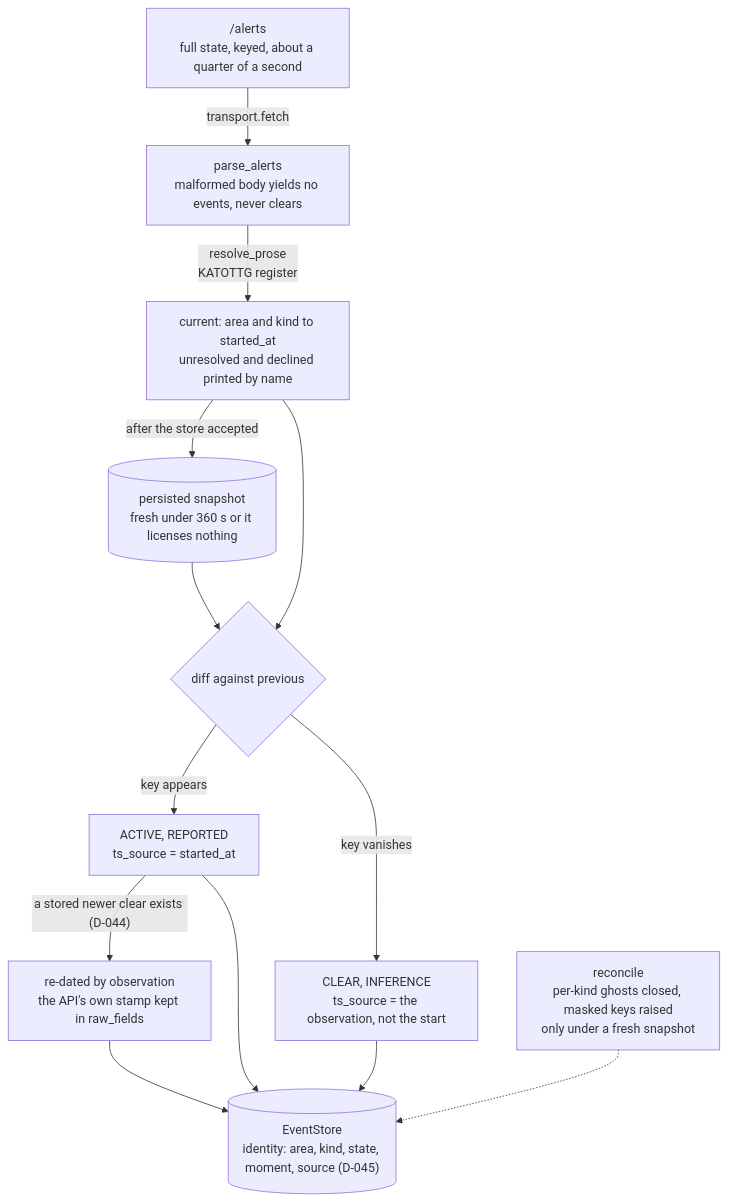
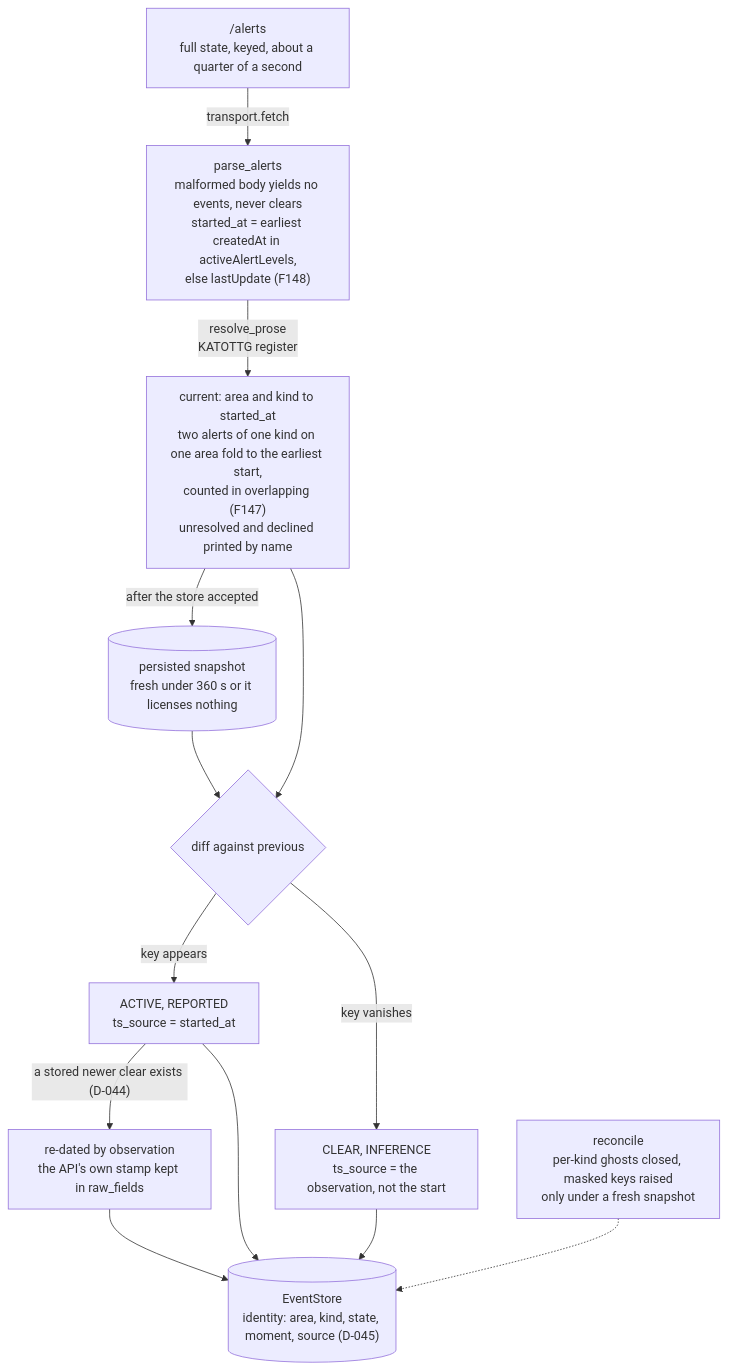
Before and after one commit to jerzy99jerzy/air-alert-early-warning: the first of 3 diagrams in docs/DATA-FLOW.md, drawn with Mermaid. The commit also changed other lines of this file and 9 other files, not shown here.

Commit message:
0.53.1.1: the deploy record for 0.53.1.0, F147 and F148 in the diagrams, the watchman is intermittent

````diff
--- a/docs/DATA-FLOW.md
+++ b/docs/DATA-FLOW.md
@@ -47,16 +51,16 @@
 ```mermaid
 flowchart TD
     API["/alerts<br/>full state, keyed, about a quarter of a second"]
-    API -->|"transport.fetch"| PARSE["parse_alerts<br/>malformed body yields no events, never clears"]
-    PARSE -->|"resolve_prose<br/>KATOTTG register"| CUR["current: area and kind to started_at<br/>unresolved and declined printed by name"]
+    API -->|"transport.fetch"| PARSE["parse_alerts<br/>malformed body yields no events, never clears<br/>started_at = earliest createdAt in activeAlertLevels,<br/>else lastUpdate (F148)"]
+    PARSE -->|"resolve_prose<br/>KATOTTG register"| CUR["current: area and kind to started_at<br/>two alerts of one kind on one area fold to the earliest start,<br/>counted in overlapping (F147)<br/>unresolved and declined printed by name"]
     PREV[("persisted snapshot<br/>fresh under 360 s or it licenses nothing")] --> DIFF
     CUR --> DIFF{"diff against previous"}
     DIFF -->|"key appears"| ACT["ACTIVE, REPORTED<br/>ts_source = started_at"]
     DIFF -->|"key vanishes"| CLR["CLEAR, INFERENCE<br/>ts_source = the observation, not the start"]
     ACT -->|"a stored newer clear exists (D-044)"| RED["re-dated by observation<br/>the API's own stamp kept in raw_fields"]
     RED --> STORE
     ACT --> STORE[("EventStore<br/>identity: area, kind, state, moment, source (D-045)")]
     CLR --> STORE
     CUR -->|"after the store accepted"| PREV
     REC["reconcile<br/>per-kind ghosts closed, masked keys raised<br/>only under a fresh snapshot"] -.-> STORE
 ```
````
